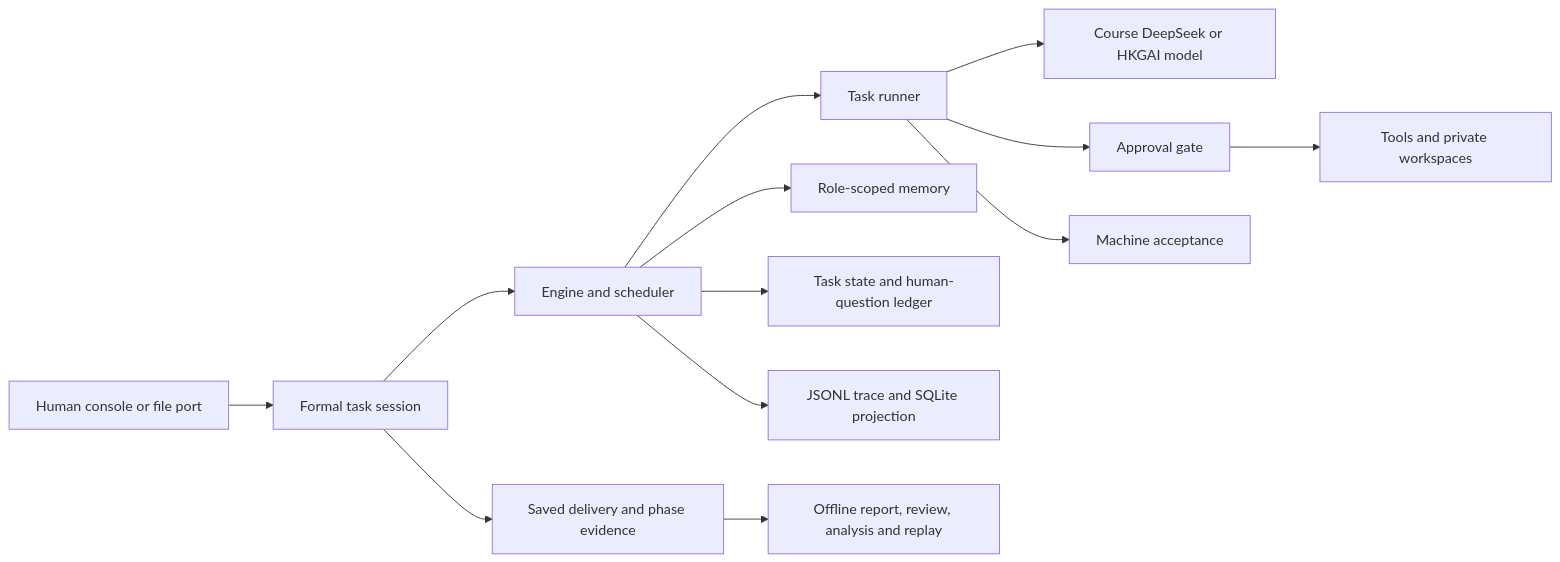
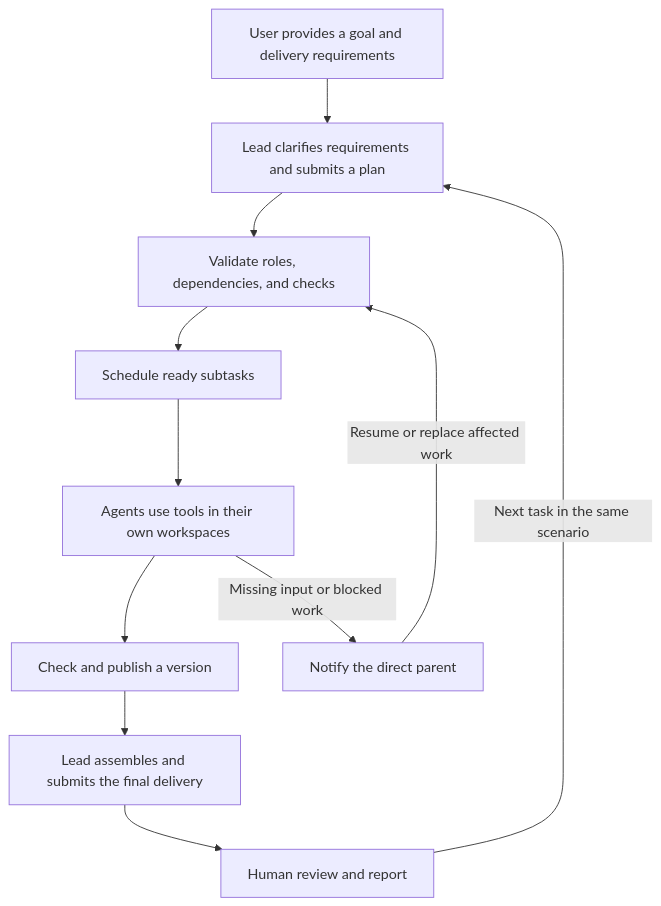
One commit to Greensheep04/moumou-Agent changed the diagram in docs/ARCHITECTURE.en.md. Above: the diagram before and after it, drawn with Mermaid. The commit also changed other lines of this file and 197 other files, not shown here.

Commit message:
Publish final Moumou Agent system

````diff
--- a/docs/ARCHITECTURE.en.md
+++ b/docs/ARCHITECTURE.en.md
@@ -16,15 +7,13 @@
 ```mermaid
-flowchart LR
-    H[Human console or file port] --> C[Formal task session]
-    C --> E[Engine and scheduler]
-    E --> R[Task runner]
-    R --> L[Course DeepSeek or HKGAI model]
-    R --> G[Approval gate]
-    G --> T[Tools and private workspaces]
-    R --> A[Machine acceptance]
-    E --> M[Role-scoped memory]
-    E --> D[Task state and human-question ledger]
-    E --> J[JSONL trace and SQLite projection]
-    C --> S[Saved delivery and phase evidence]
-    S --> O[Offline report, review, analysis and replay]
+flowchart TD
+    A[User provides a goal and delivery requirements] --> B[Lead clarifies requirements and submits a plan]
+    B --> C[Validate roles, dependencies, and checks]
+    C --> D[Schedule ready subtasks]
+    D --> E[Agents use tools in their own workspaces]
+    E --> F[Check and publish a version]
+    E -->|Missing input or blocked work| G[Notify the direct parent]
+    G -->|Resume or replace affected work| C
+    F --> H[Lead assembles and submits the final delivery]
+    H --> I[Human review and report]
+    I -->|Next task in the same scenario| B
 ```
````
